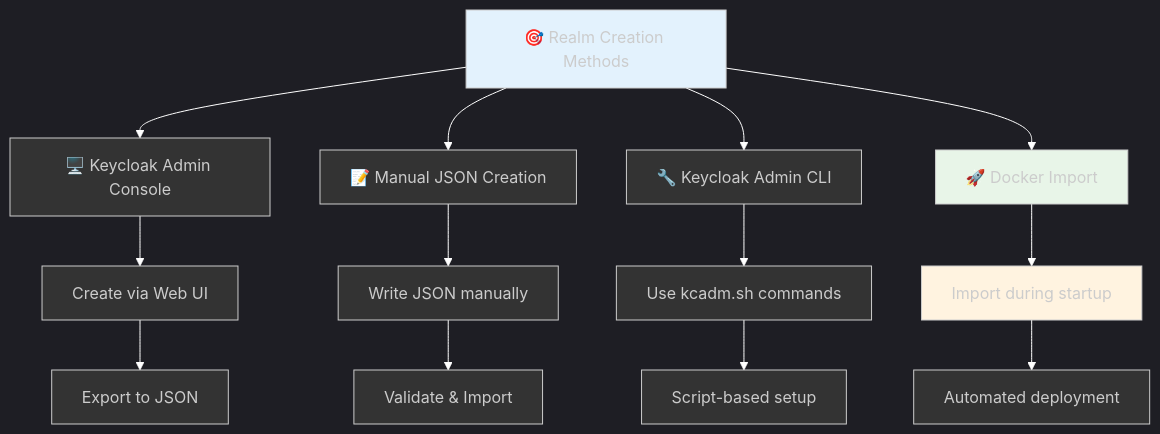
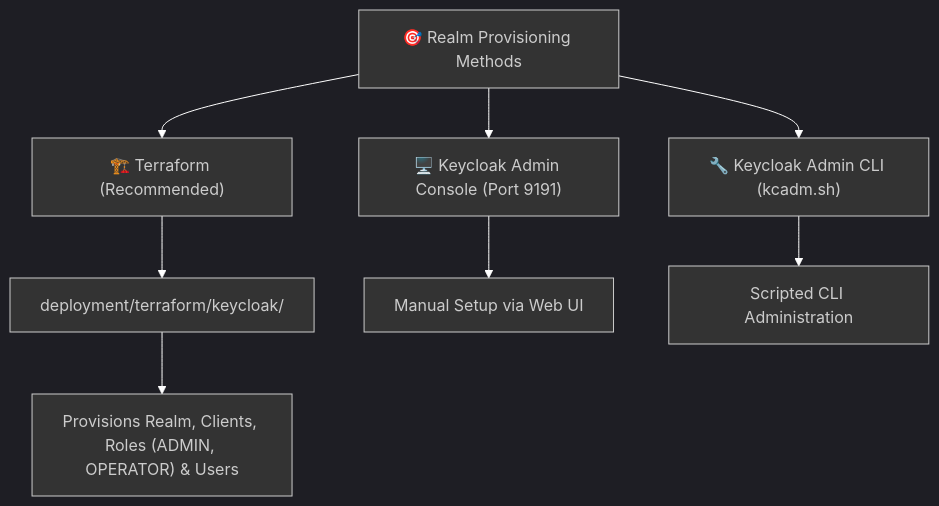
Before and after one commit to rajadilipkolli/spring-boot-microservices-series-v2: the first of 4 diagrams in retail-store-webapp/Keycloak-Realm-Configuration-Explained.md, drawn with Mermaid. The commit also changed other lines of this file and 51 other files, not shown here.

````diff
--- a/retail-store-webapp/Keycloak-Realm-Configuration-Explained.md
+++ b/retail-store-webapp/Keycloak-Realm-Configuration-Explained.md
@@ -13,22 +13,13 @@
 ```mermaid
 %%{init: {'theme':'dark', 'themeVariables': {'primaryColor': '#333333', 'primaryTextColor': '#ffffff', 'primaryBorderColor': '#ffffff', 'lineColor': '#ffffff', 'secondaryColor': '#444444', 'tertiaryColor': '#555555', 'background': '#000000', 'mainBkg': '#333333', 'secondBkg': '#444444', 'tertiaryBkg': '#555555'}}}%%
 flowchart TD
-    A[🎯 Realm Creation Methods] --> B[🖥️ Keycloak Admin Console]
-    A --> C[📝 Manual JSON Creation]
-    A --> D[🔧 Keycloak Admin CLI]
-    A --> E[🚀 Docker Import]
+    A["🎯 Realm Provisioning Methods"] --> B["🏗️ Terraform (Recommended)"]
+    A --> C["🖥️ Keycloak Admin Console (Port 9191)"]
+    A --> E["🔧 Keycloak Admin CLI (kcadm.sh)"]
     
-    B --> F[Create via Web UI]
-    C --> G[Write JSON manually]
-    D --> H[Use kcadm.sh commands]
-    E --> I[Import during startup]
+    B --> F["deployment/terraform/keycloak/"]
+    C --> G["Manual Setup via Web UI"]
+    E --> I["Scripted CLI Administration"]
     
-    F --> J[Export to JSON]
-    G --> K[Validate & Import]
-    H --> L[Script-based setup]
-    I --> M[Automated deployment]
-    
-    style A fill:#e3f2fd
-    style E fill:#e8f5e8
-    style I fill:#fff3e0
+    F --> J["Provisions Realm, Clients, Roles (ADMIN, OPERATOR) & Users"]
 ```
````
